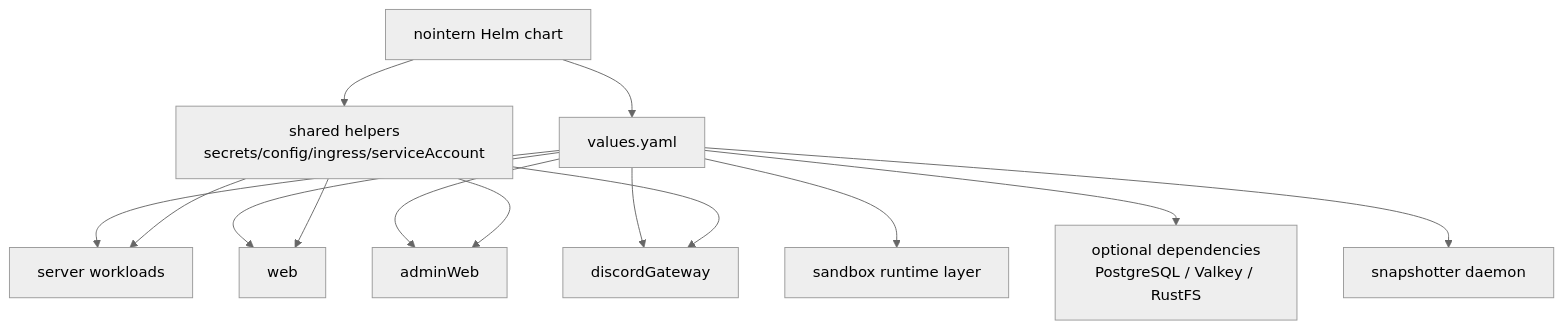
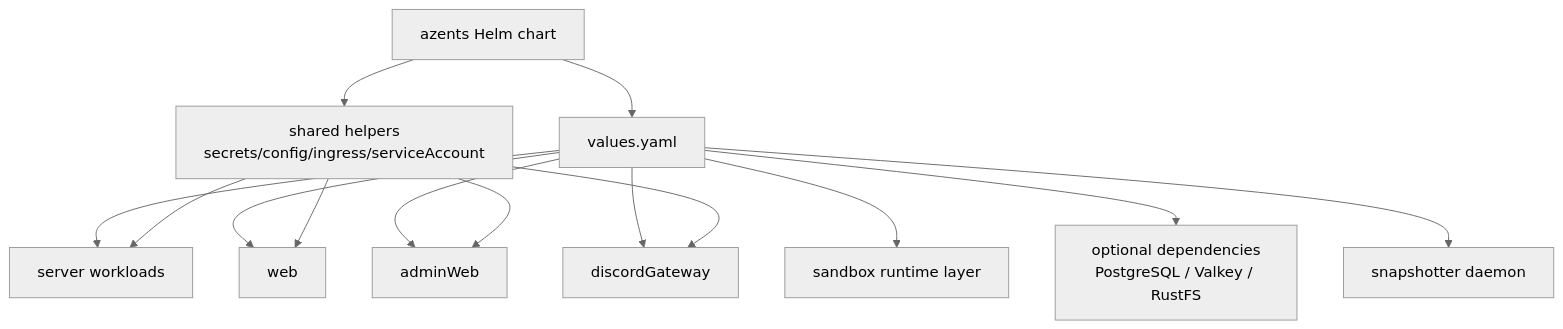
One commit to azents/azents changed the diagram in docs/azents/design/helm-260512-helm-packaging.md. Above: the diagram before and after it, drawn with Mermaid (neutral theme). The commit also changed other lines of this file and 245 other files, not shown here.

````diff
--- a/docs/azents/design/helm-260512-helm-packaging.md
+++ b/docs/azents/design/helm-260512-helm-packaging.md
@@ -181,27 +181,27 @@
 ```mermaid
 flowchart TD
-    Chart[nointern Helm chart]
+    Chart[azents Helm chart]
     Values[values.yaml]
     Server[server workloads]
     Web[web]
     AdminWeb[adminWeb]
     Discord[discordGateway]
     Sandbox[sandbox runtime layer]
     Dependencies["optional dependencies<br/>PostgreSQL / Valkey / RustFS"]
     Snapshotter[snapshotter daemon]
     Shared[shared helpers\nsecrets/config/ingress/serviceAccount]
 
     Chart --> Values
     Values --> Server
     Values --> Web
     Values --> AdminWeb
     Values --> Discord
     Values --> Sandbox
     Values --> Dependencies
     Values --> Snapshotter
     Chart --> Shared
     Shared --> Server
     Shared --> Web
     Shared --> AdminWeb
     Shared --> Discord
 ```
````
